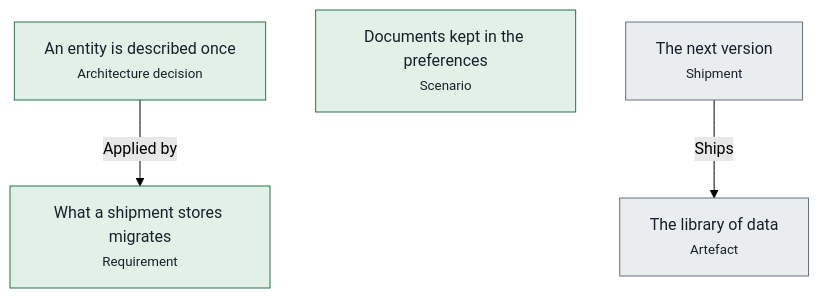
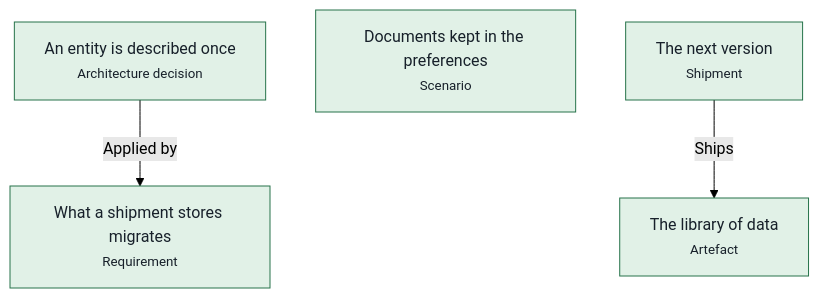
One commit to advancedcognitivesystems-ai/trame changed the diagram in libs/data/docs/pipelines.md. Above: the diagram before and after it, drawn with Mermaid (forest theme). The commit also changed other lines of this file and 12 other files, not shown here.

````diff
--- a/libs/data/docs/pipelines.md
+++ b/libs/data/docs/pipelines.md
@@ -13,15 +13,15 @@
 ```mermaid
 flowchart TB
-  n0["The library of data<br/><small>Artefact</small>"]:::unknown
+  n0["The library of data<br/><small>Artefact</small>"]:::held
   n1["An entity is described once<br/><small>Architecture decision</small>"]:::held
   n2["Documents kept in the preferences<br/><small>Scenario</small>"]:::held
   n3["What a shipment stores migrates<br/><small>Requirement</small>"]:::held
-  n4["The next version<br/><small>Shipment</small>"]:::unknown
+  n4["The next version<br/><small>Shipment</small>"]:::held
   n1 -->|Applied by| n3
   n4 -->|Ships| n0
   classDef held fill:#e1f1e7,stroke:#26734a,color:#17202a
   classDef blocked fill:#fbf0d9,stroke:#9a6200,color:#17202a
   classDef violated fill:#f9e3e1,stroke:#ad2a22,color:#17202a
   classDef unknown fill:#e9edf0,stroke:#65707c,color:#17202a
   classDef neutral fill:#ffffff,stroke:#5a6672,color:#17202a
 ```
````
